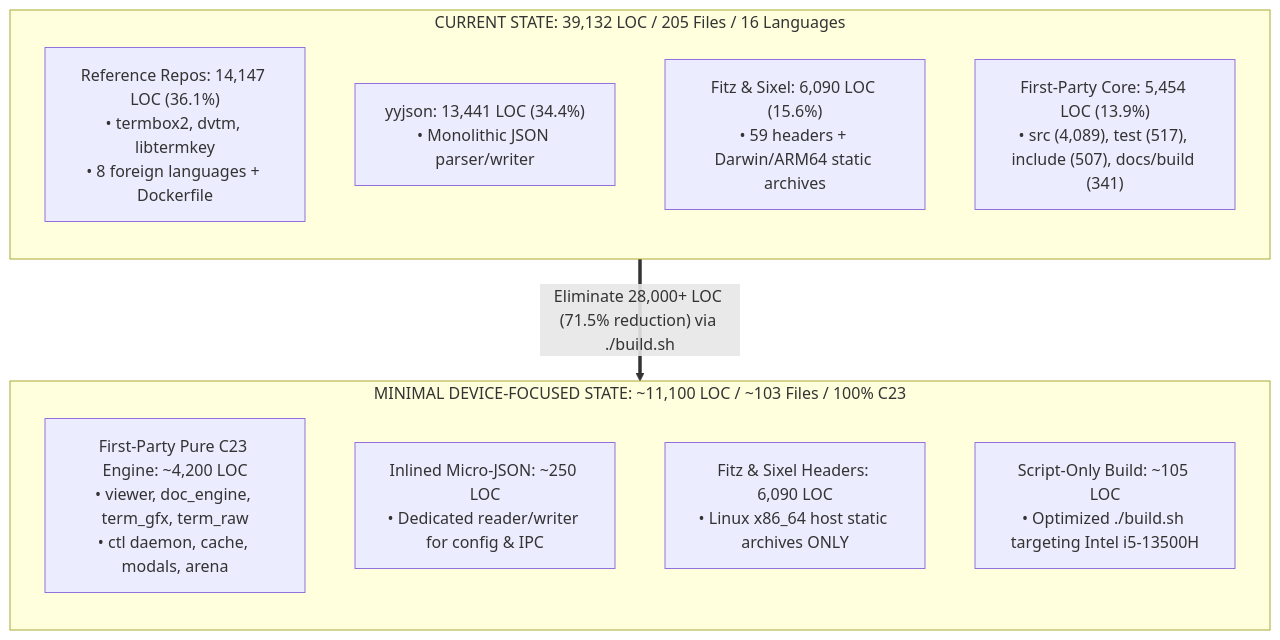
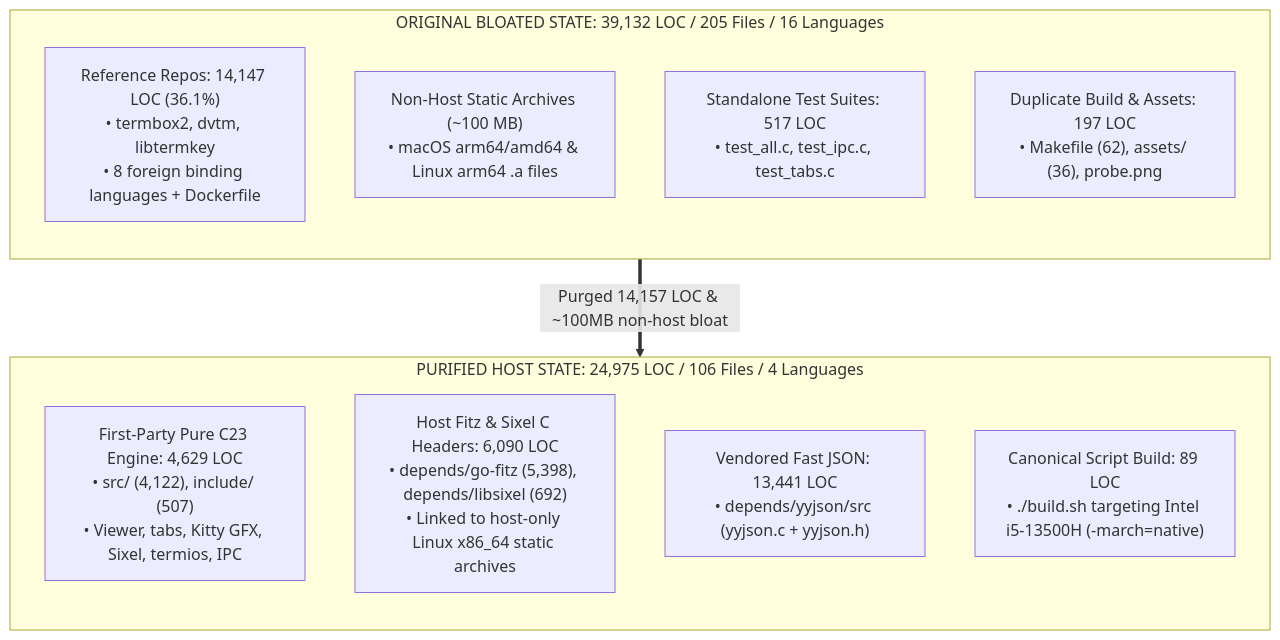
Before and after one commit to Aditya-233/pdf-cli: the diagram in cleanup.md, drawn with Mermaid. The commit also changed other lines of this file and 15 other files, not shown here.

Commit message:
refactor(cleanup): minimize codebase to script-only pure C23 host reader

````diff
--- a/cleanup.md
+++ b/cleanup.md
@@ -66,30 +41,31 @@
 ```mermaid
 flowchart TD
-    subgraph Current ["CURRENT STATE: 39,132 LOC / 205 Files / 16 Languages"]
+    subgraph Before ["ORIGINAL BLOATED STATE: 39,132 LOC / 205 Files / 16 Languages"]
         direction TB
-        C_REF["Reference Repos: 14,147 LOC (36.1%)
+        B1["Reference Repos: 14,147 LOC (36.1%)
 • termbox2, dvtm, libtermkey
-• 8 foreign languages + Dockerfile"]
-        C_YY["yyjson: 13,441 LOC (34.4%)
-• Monolithic JSON parser/writer"]
-        C_FITZ["Fitz & Sixel: 6,090 LOC (15.6%)
-• 59 headers + Darwin/ARM64 static archives"]
-        C_FP["First-Party Core: 5,454 LOC (13.9%)
-• src (4,089), test (517), include (507), docs/build (341)"]
+• 8 foreign binding languages + Dockerfile"]
+        B2["Non-Host Static Archives (~100 MB)
+• macOS arm64/amd64 & Linux arm64 .a files"]
+        B3["Standalone Test Suites: 517 LOC
+• test_all.c, test_ipc.c, test_tabs.c"]
+        B4["Duplicate Build & Assets: 197 LOC
+• Makefile (62), assets/ (36), probe.png"]
     end
 
-    subgraph Target ["MINIMAL DEVICE-FOCUSED STATE: ~11,100 LOC / ~103 Files / 100% C23"]
+    subgraph After ["PURIFIED HOST STATE: 24,975 LOC / 106 Files / 4 Languages"]
         direction TB
-        T_CORE["First-Party Pure C23 Engine: ~4,200 LOC
-• viewer, doc_engine, term_gfx, term_raw
-• ctl daemon, cache, modals, arena"]
-        T_JSON["Inlined Micro-JSON: ~250 LOC
-• Dedicated reader/writer for config & IPC"]
-        T_DEPS["Fitz & Sixel Headers: 6,090 LOC
-• Linux x86_64 host static archives ONLY"]
-        T_SCRIPT["Script-Only Build: ~105 LOC
-• Optimized ./build.sh targeting Intel i5-13500H"]
+        A1["First-Party Pure C23 Engine: 4,629 LOC
+• src/ (4,122), include/ (507)
+• Viewer, tabs, Kitty GFX, Sixel, termios, IPC"]
+        A2["Host Fitz & Sixel C Headers: 6,090 LOC
+• depends/go-fitz (5,398), depends/libsixel (692)
+• Linked to host-only Linux x86_64 static archives"]
+        A3["Vendored Fast JSON: 13,441 LOC
+• depends/yyjson/src (yyjson.c + yyjson.h)"]
+        A4["Canonical Script Build: 89 LOC
+• ./build.sh targeting Intel i5-13500H (-march=native)"]
     end
 
-    Current ==>|"Eliminate 28,000+ LOC (71.5% reduction) via ./build.sh"| Target
+    Before ==>|"Purged 14,157 LOC & ~100MB non-host bloat"| After
 ```
````
